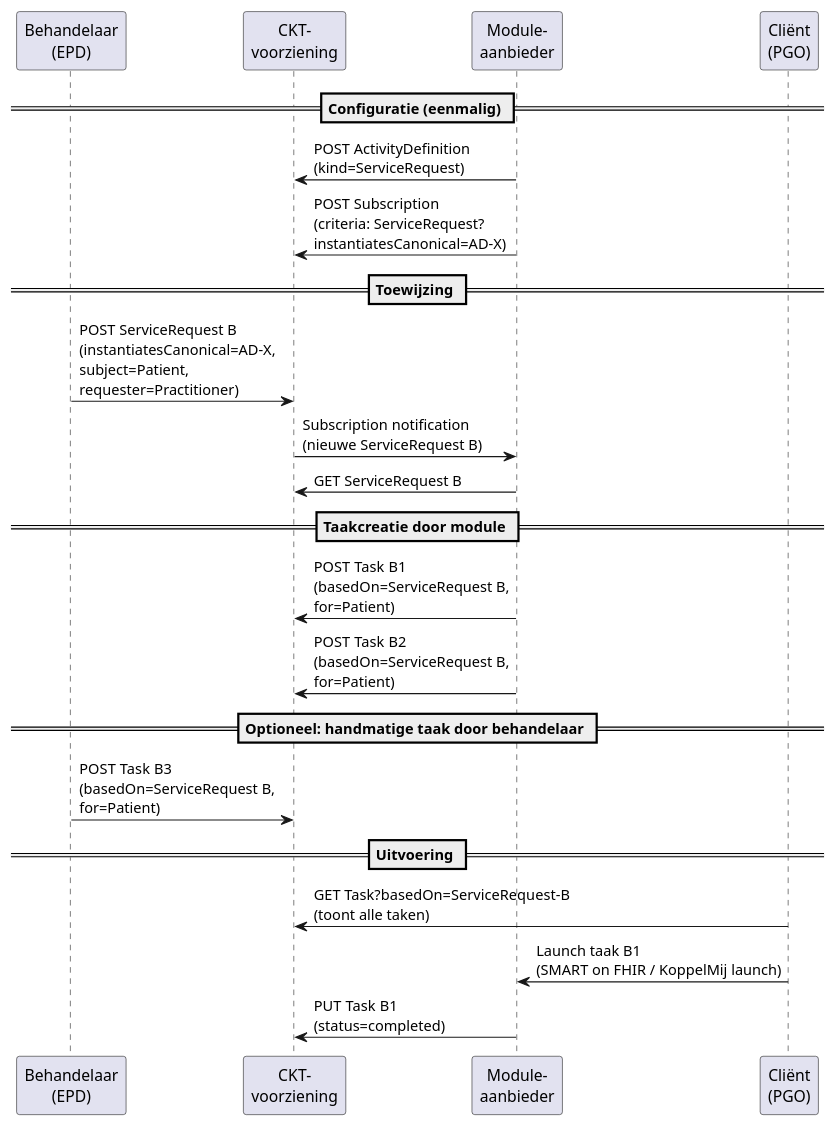
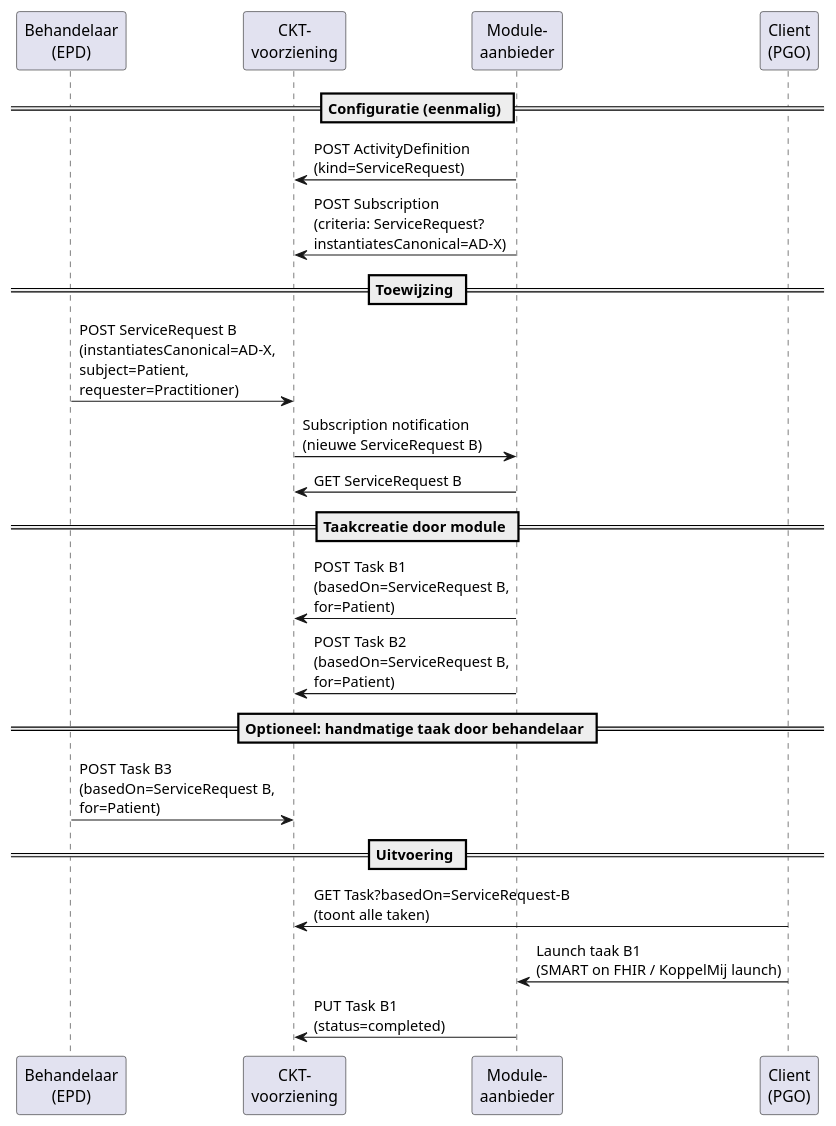
One commit to vzvznl/Koppeltaal-2.0-FHIR changed the diagram in input/images-source/memo-sr-koppelmij-flow.plantuml. Above: the diagram before and after it, drawn with PlantUML. The commit also changed 3 other files, not shown here.

First line of the commit message:
docs: unicode tekens vervangen in PlantUML bestanden

```diff
--- a/input/images-source/memo-sr-koppelmij-flow.plantuml
+++ b/input/images-source/memo-sr-koppelmij-flow.plantuml
@@ -1,38 +1,38 @@
 @startuml memo-sr-koppelmij-flow
 
 participant "Behandelaar\n(EPD)" as EPD
 participant "CKT-\nvoorziening" as CKT
 participant "Module-\naanbieder" as Module
-participant "Cliënt\n(PGO)" as PGO
+participant "Client\n(PGO)" as PGO
 
 == Configuratie (eenmalig) ==
 
 Module -> CKT : POST ActivityDefinition\n(kind=ServiceRequest)
 Module -> CKT : POST Subscription\n(criteria: ServiceRequest?\ninstantiatesCanonical=AD-X)
 
 == Toewijzing ==
 
 EPD -> CKT : POST ServiceRequest B\n(instantiatesCanonical=AD-X,\nsubject=Patient,\nrequester=Practitioner)
 
 CKT -> Module : Subscription notification\n(nieuwe ServiceRequest B)
 
 Module -> CKT : GET ServiceRequest B
 
 == Taakcreatie door module ==
 
 Module -> CKT : POST Task B1\n(basedOn=ServiceRequest B,\nfor=Patient)
 Module -> CKT : POST Task B2\n(basedOn=ServiceRequest B,\nfor=Patient)
 
 == Optioneel: handmatige taak door behandelaar ==
 
 EPD -> CKT : POST Task B3\n(basedOn=ServiceRequest B,\nfor=Patient)
 
 == Uitvoering ==
 
 PGO -> CKT : GET Task?basedOn=ServiceRequest-B\n(toont alle taken)
 
 PGO -> Module : Launch taak B1\n(SMART on FHIR / KoppelMij launch)
 
 Module -> CKT : PUT Task B1\n(status=completed)
 
 @enduml
```
